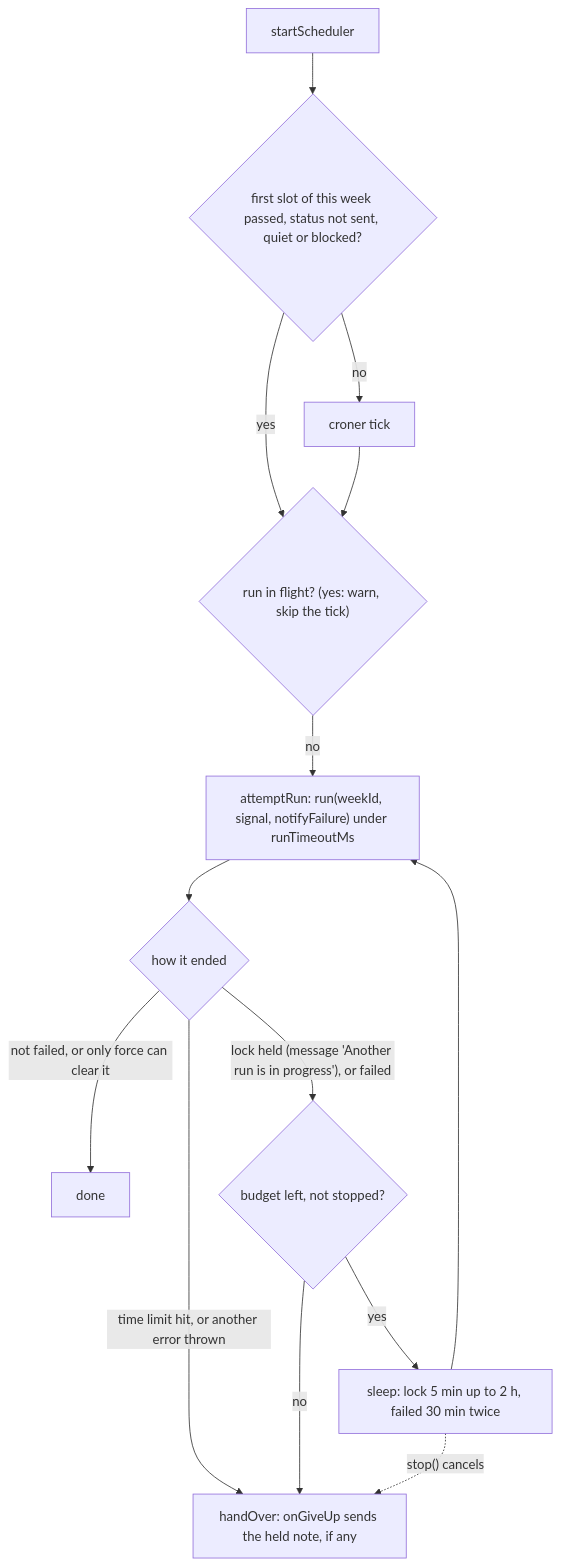
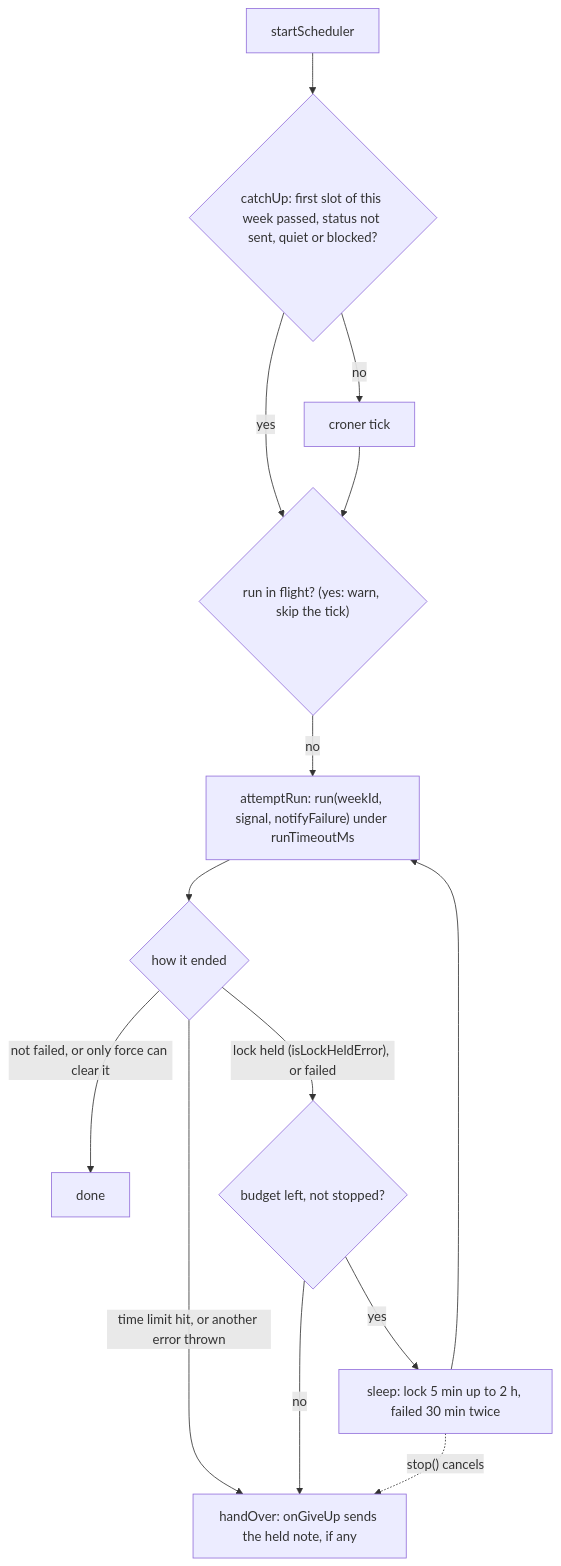
One commit to odere-pro/weekly-engineering-digest-agent changed the second of 2 diagrams in src/scheduler/CLAUDE.md. Above: the diagram before and after it, drawn with Mermaid. The commit also changed other lines of this file and 30 other files, not shown here.

````diff
--- a/src/scheduler/CLAUDE.md
+++ b/src/scheduler/CLAUDE.md
@@ -26,14 +26,14 @@
 ```mermaid
 flowchart TD
-  start["startScheduler"] --> catchUp{"first slot of this week passed, status not sent, quiet or blocked?"}
+  start["startScheduler"] --> catchUp{"catchUp: first slot of this week passed, status not sent, quiet or blocked?"}
   catchUp -->|yes| exec{"run in flight? (yes: warn, skip the tick)"}
   catchUp -->|no| tick["croner tick"] --> exec
   exec -->|no| attempt["attemptRun: run(weekId, signal, notifyFailure) under runTimeoutMs"]
   attempt --> outcome{"how it ended"}
   outcome -->|"not failed, or only force can clear it"| done[done]
   outcome -->|"time limit hit, or another error thrown"| giveUp["handOver: onGiveUp sends the held note, if any"]
-  outcome -->|"lock held (message 'Another run is in progress'), or failed"| retry{"budget left, not stopped?"}
+  outcome -->|"lock held (isLockHeldError), or failed"| retry{"budget left, not stopped?"}
   retry -->|yes| wait["sleep: lock 5 min up to 2 h, failed 30 min twice"] --> attempt
   retry -->|no| giveUp
   wait -.->|"stop() cancels"| giveUp
 ```
````
